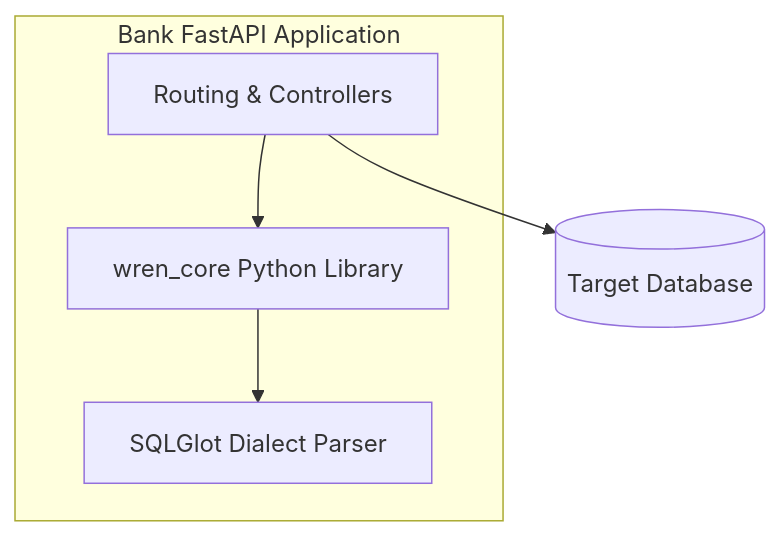
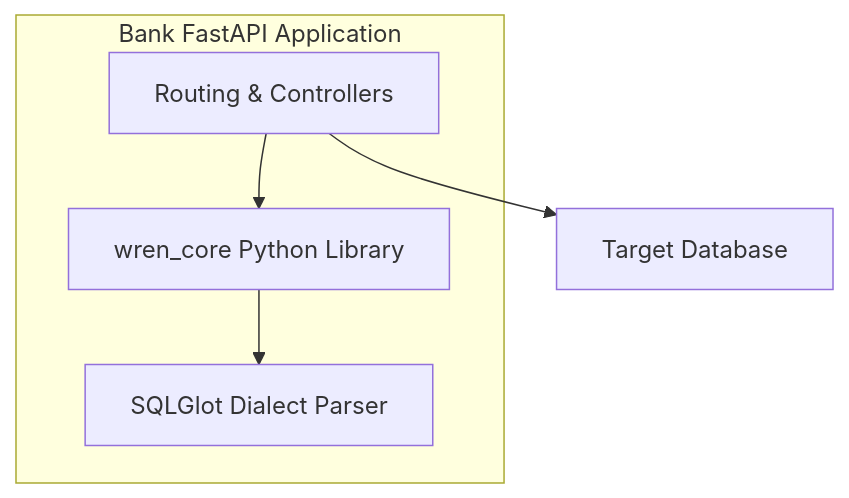
One commit to arpit199924/Wren_setup changed the second of 2 diagrams in POC_DOCUMENTS/legacy/wren_integration_guide.md. Above: the diagram before and after it, drawn with Mermaid. The commit also changed other lines of this file and 2 other files, not shown here.

Commit message:
Update legacy documents to include both text-based ASCII flowcharts and corrected Mermaid syntax

````diff
--- a/POC_DOCUMENTS/legacy/wren_integration_guide.md
+++ b/POC_DOCUMENTS/legacy/wren_integration_guide.md
@@ -96,11 +155,11 @@
 ```mermaid
 graph TD
     subgraph Bank_Backend ["Bank FastAPI Application"]
         MainApp["Routing & Controllers"]
         SDK["wren_core Python Library"]
         SQLGlot["SQLGlot Dialect Parser"]
     end
     MainApp --> SDK
     SDK --> SQLGlot
-    MainApp --> DB[("Target Database")]
+    MainApp --> DB["Target Database"]
 ```
````
